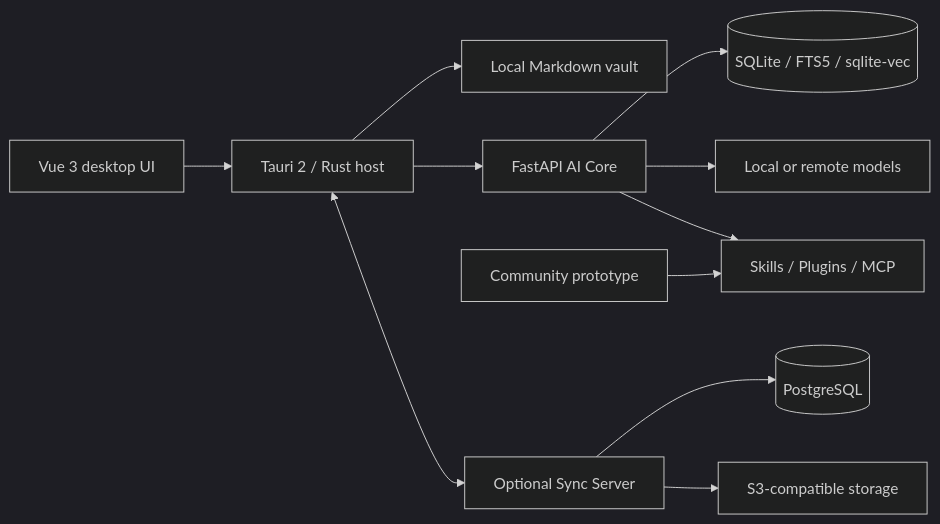
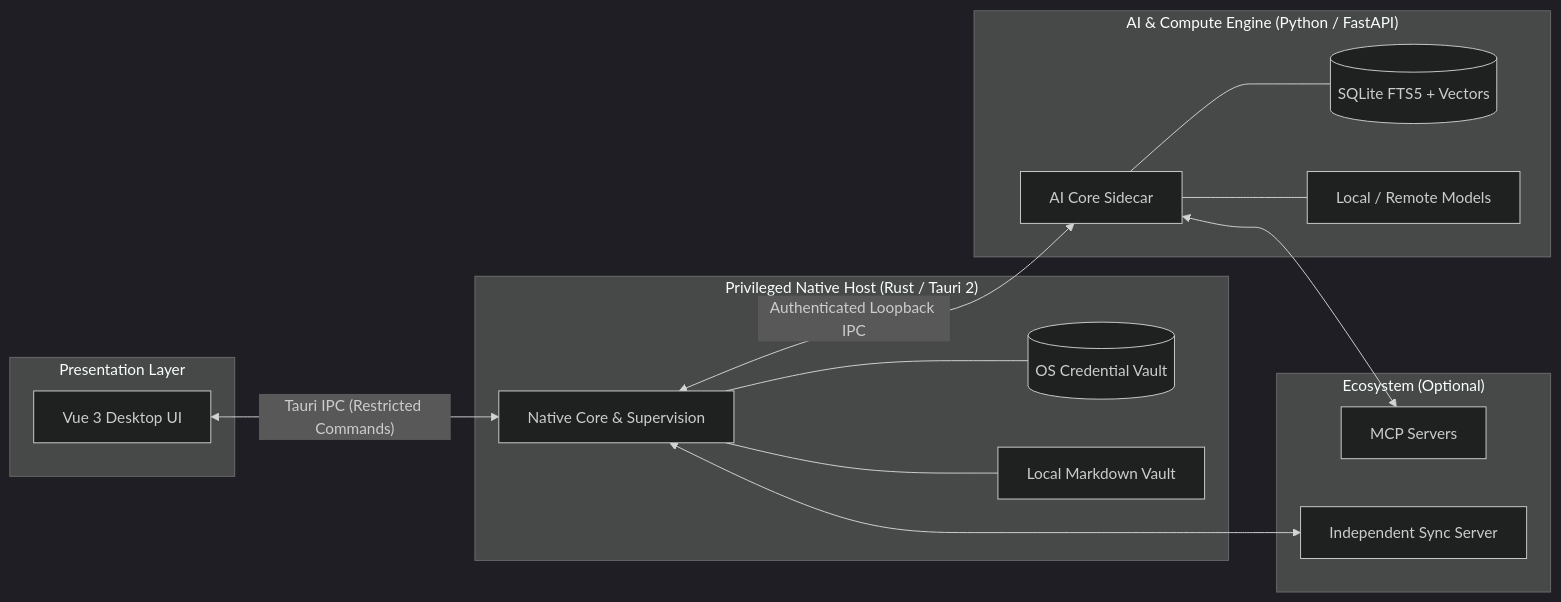
Before and after one commit to KiriAky107/OpenNexus: the third of 4 diagrams in README.md, drawn with Mermaid (dark theme). The commit also changed other lines of this file, not shown here.

````diff
--- a/README.md
+++ b/README.md
@@ -175,13 +134,33 @@
 ```mermaid
 flowchart LR
-    UI[Vue 3 desktop UI] --> HOST[Tauri 2 / Rust host]
-    HOST --> VAULT[Local Markdown vault]
-    HOST --> CORE[FastAPI AI Core]
-    CORE --> INDEX[(SQLite / FTS5 / sqlite-vec)]
-    CORE --> MODEL[Local or remote models]
-    CORE --> EXT[Skills / Plugins / MCP]
-    HOST <--> SYNC[Optional Sync Server]
-    SYNC --> DB[(PostgreSQL)]
-    SYNC --> OBJ[S3-compatible storage]
-    COMMUNITY[Community prototype] --> EXT
+    subgraph Frontend["Presentation Layer"]
+        UI[Vue 3 Desktop UI]
+    end
+
+    subgraph Host["Privileged Native Host (Rust / Tauri 2)"]
+        HOST[Native Core & Supervision]
+        CRED[(OS Credential Vault)]
+        VAULT[Local Markdown Vault]
+    end
+
+    subgraph Core["AI & Compute Engine (Python / FastAPI)"]
+        CORE[AI Core Sidecar]
+        INDEX[(SQLite FTS5 + Vectors)]
+        LLM[Local / Remote Models]
+    end
+
+    subgraph External["Ecosystem (Optional)"]
+        MCP[MCP Servers]
+        SYNC[Independent Sync Server]
+    end
+
+    UI <-->|"Tauri IPC (Restricted Commands)"| HOST
+    HOST <-->|Authenticated Loopback IPC| CORE
+    HOST --- CRED
+    HOST --- VAULT
+    CORE --- INDEX
+    CORE --- LLM
+    CORE <--> MCP
+    HOST <--> SYNC
+
 ```
````
